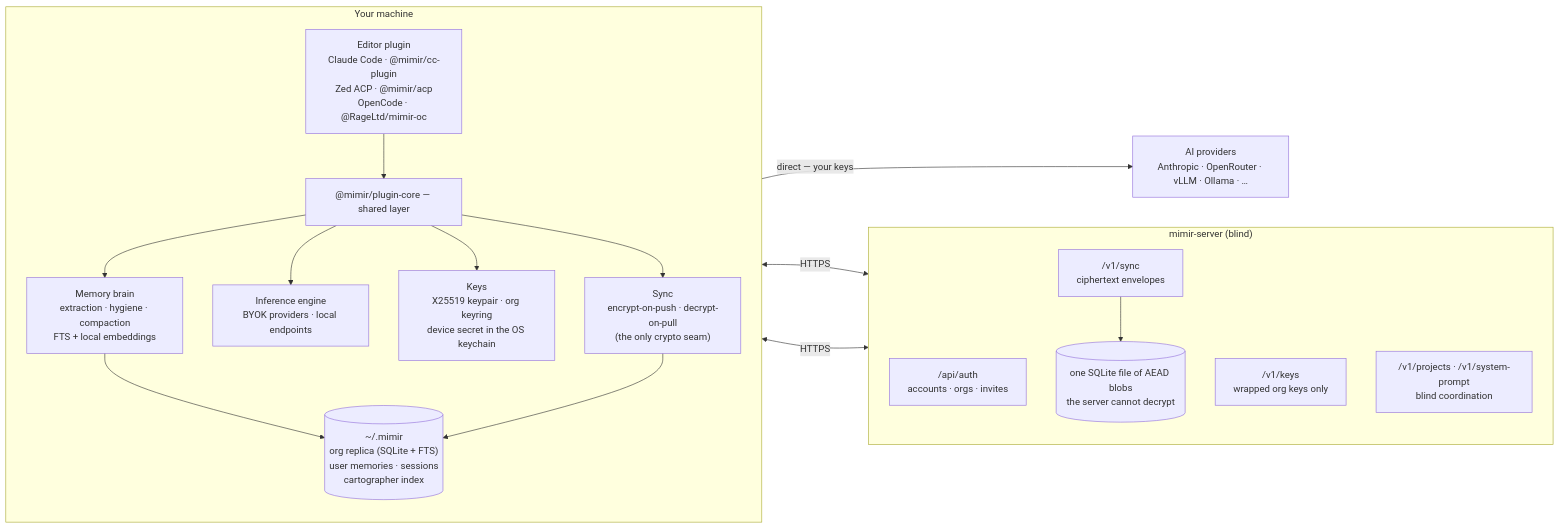
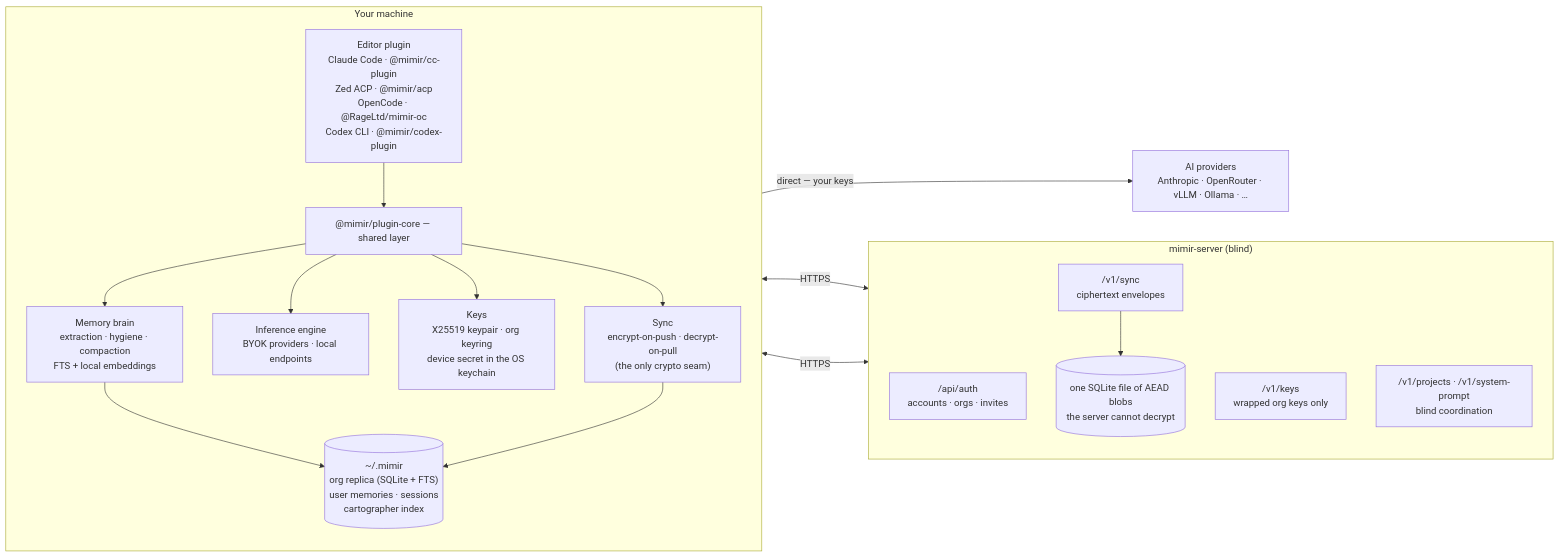
The diagram in README.md (RageLtd/mimir), drawn with Mermaid before and after one commit. The commit also changed other lines of this file, not shown here.

````diff
--- a/README.md
+++ b/README.md
@@ -10,36 +10,36 @@
 ```mermaid
 flowchart LR
   subgraph machine["Your machine"]
     direction TB
-    plugins["Editor plugin<br/>Claude Code · @mimir/cc-plugin<br/>Zed ACP · @mimir/acp<br/>OpenCode · @RageLtd/mimir-oc"]
+    plugins["Editor plugin<br/>Claude Code · @mimir/cc-plugin<br/>Zed ACP · @mimir/acp<br/>OpenCode · @RageLtd/mimir-oc<br/>Codex CLI · @mimir/codex-plugin"]
     core["@mimir/plugin-core — shared layer"]
     brain["Memory brain<br/>extraction · hygiene · compaction<br/>FTS + local embeddings"]
     engine["Inference engine<br/>BYOK providers · local endpoints"]
     keys["Keys<br/>X25519 keypair · org keyring<br/>device secret in the OS keychain"]
     syncmod["Sync<br/>encrypt-on-push · decrypt-on-pull<br/>(the only crypto seam)"]
     localstate[("~/.mimir<br/>org replica (SQLite + FTS)<br/>user memories · sessions<br/>cartographer index")]
     plugins --> core
     core --> brain
     core --> engine
     core --> keys
     core --> syncmod
     brain --> localstate
     syncmod --> localstate
   end
 
   subgraph server["mimir-server (blind)"]
     direction TB
     auth["/api/auth<br/>accounts · orgs · invites"]
     keyroutes["/v1/keys<br/>wrapped org keys only"]
     syncroutes["/v1/sync<br/>ciphertext envelopes"]
     coord["/v1/projects · /v1/system-prompt<br/>blind coordination"]
     tenantdb[("one SQLite file of AEAD blobs<br/>the server cannot decrypt")]
     syncroutes --> tenantdb
   end
 
   providers["AI providers<br/>Anthropic · OpenRouter · vLLM · Ollama · …"]
 
   engine -->|"direct — your keys"| providers
   keys <-->|HTTPS| keyroutes
   syncmod <-->|HTTPS| syncroutes
 ```
````
